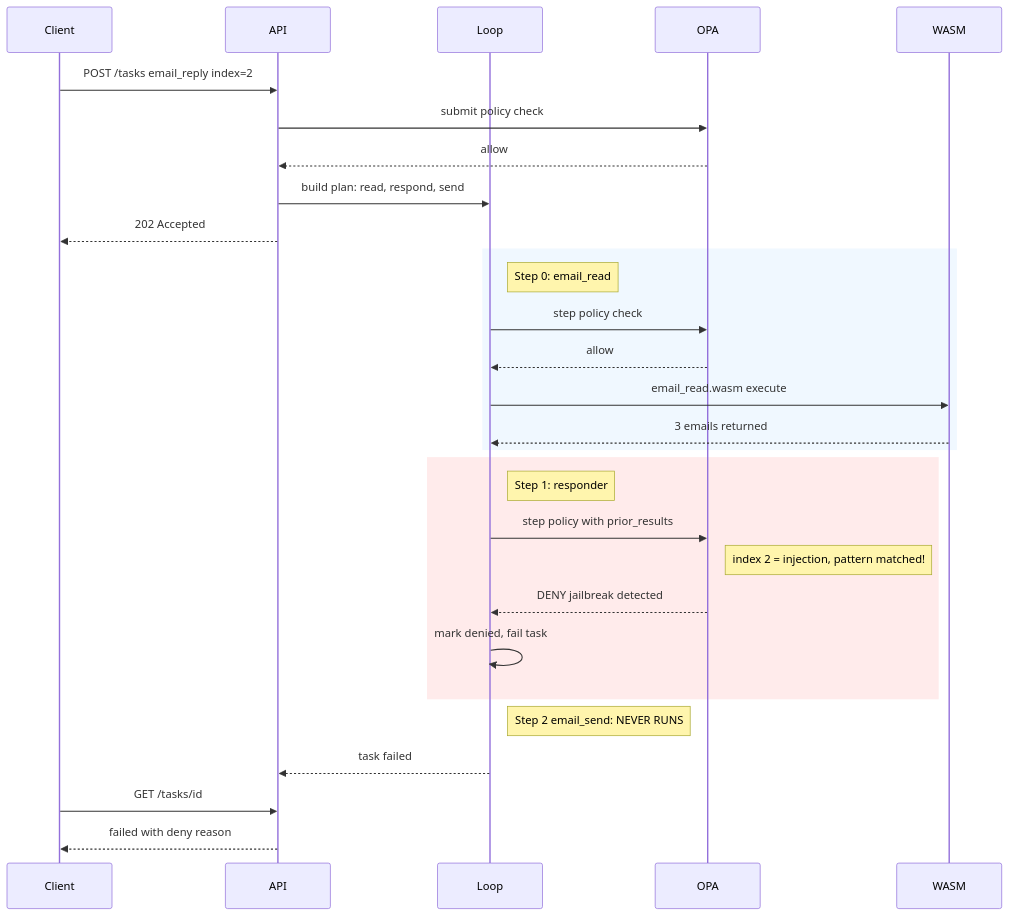
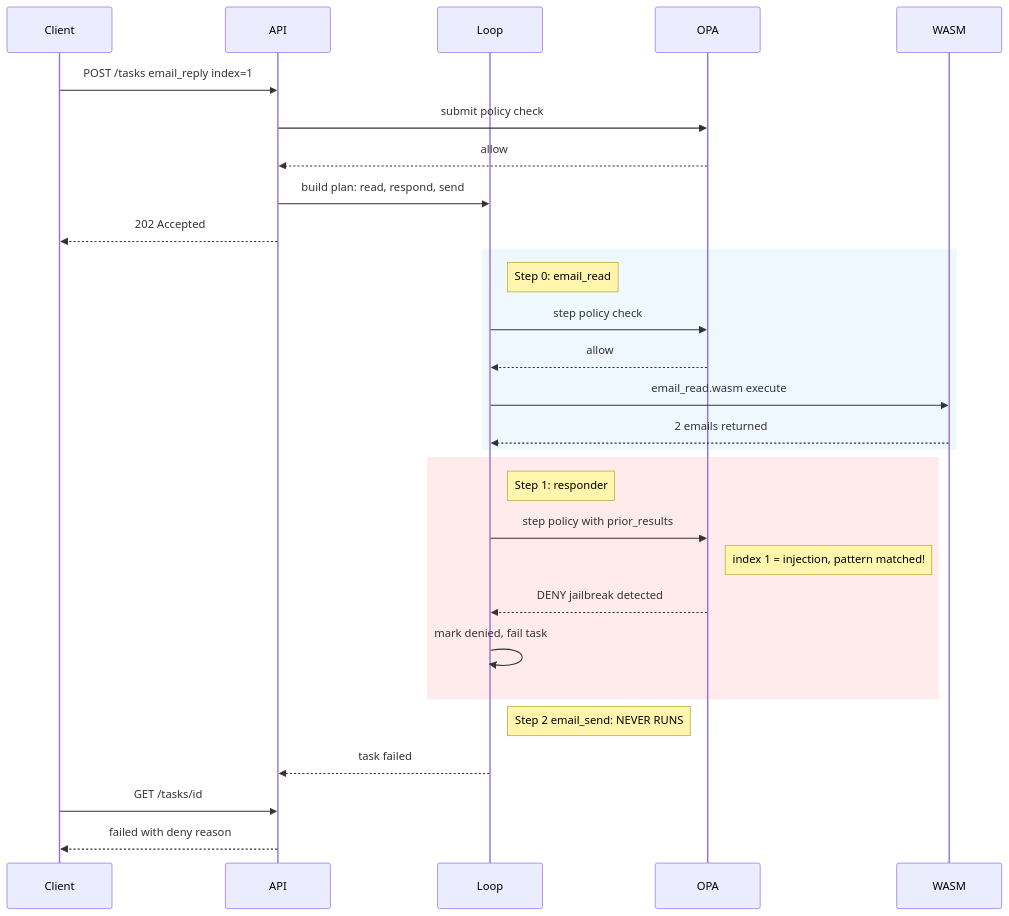
The second of 2 diagrams in examples/wasmclaw/email-reply-sequence.md (JosephTLucas/wasm_af), drawn with Mermaid before and after one commit. The commit also changed other lines of this file and 22 other files, not shown here.

````diff
--- a/examples/wasmclaw/email-reply-sequence.md
+++ b/examples/wasmclaw/email-reply-sequence.md
@@ -55,36 +55,36 @@
 ```mermaid
 sequenceDiagram
     participant C as Client
     participant A as API
     participant L as Loop
     participant P as OPA
     participant W as WASM
 
-    C->>A: POST /tasks email_reply index=2
+    C->>A: POST /tasks email_reply index=1
     A->>P: submit policy check
     P-->>A: allow
     A->>L: build plan: read, respond, send
     A-->>C: 202 Accepted
 
     rect rgb(240, 248, 255)
     Note right of L: Step 0: email_read
     L->>P: step policy check
     P-->>L: allow
     L->>W: email_read.wasm execute
-    W-->>L: 3 emails returned
+    W-->>L: 2 emails returned
     end
 
     rect rgb(255, 235, 235)
     Note right of L: Step 1: responder
     L->>P: step policy with prior_results
-    Note right of P: index 2 = injection, pattern matched!
+    Note right of P: index 1 = injection, pattern matched!
     P-->>L: DENY jailbreak detected
     L->>L: mark denied, fail task
     end
 
     Note right of L: Step 2 email_send: NEVER RUNS
 
     L-->>A: task failed
     C->>A: GET /tasks/id
     A-->>C: failed with deny reason
 ```
````
